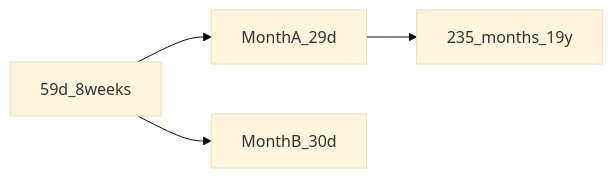
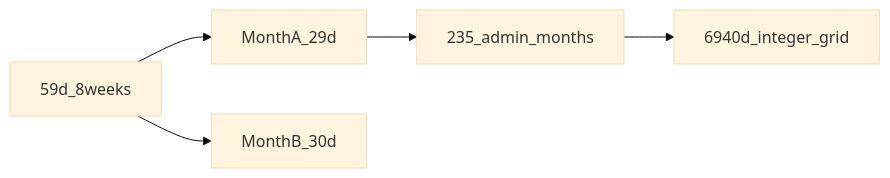
One commit to ProgrammerNomad/Epact changed the first of 2 diagrams in 03-search/metonic-week-grid.md. Above: the diagram before and after it, drawn with Mermaid (base theme). The commit also changed other lines of this file and 17 other files, not shown here.

````diff
--- a/03-search/metonic-week-grid.md
+++ b/03-search/metonic-week-grid.md
@@ -28,6 +33,7 @@
 ```mermaid
 flowchart LR
   block59[59d_8weeks] --> monA[MonthA_29d]
   block59 --> monB[MonthB_30d]
-  monA --> metonic[235_months_19y]
+  monA --> scaleUp[235_admin_months]
+  scaleUp --> grid6940[6940d_integer_grid]
 ```
````
